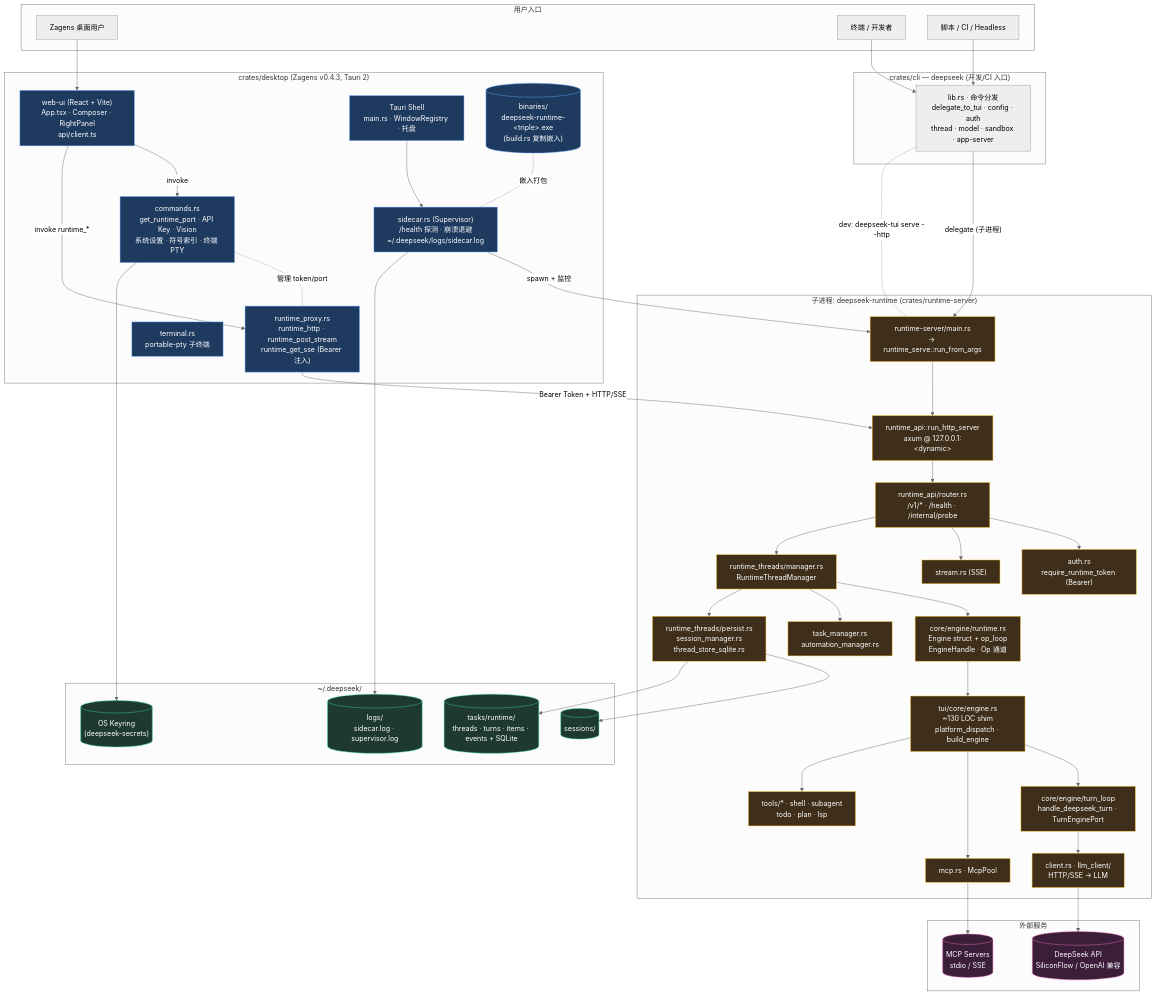
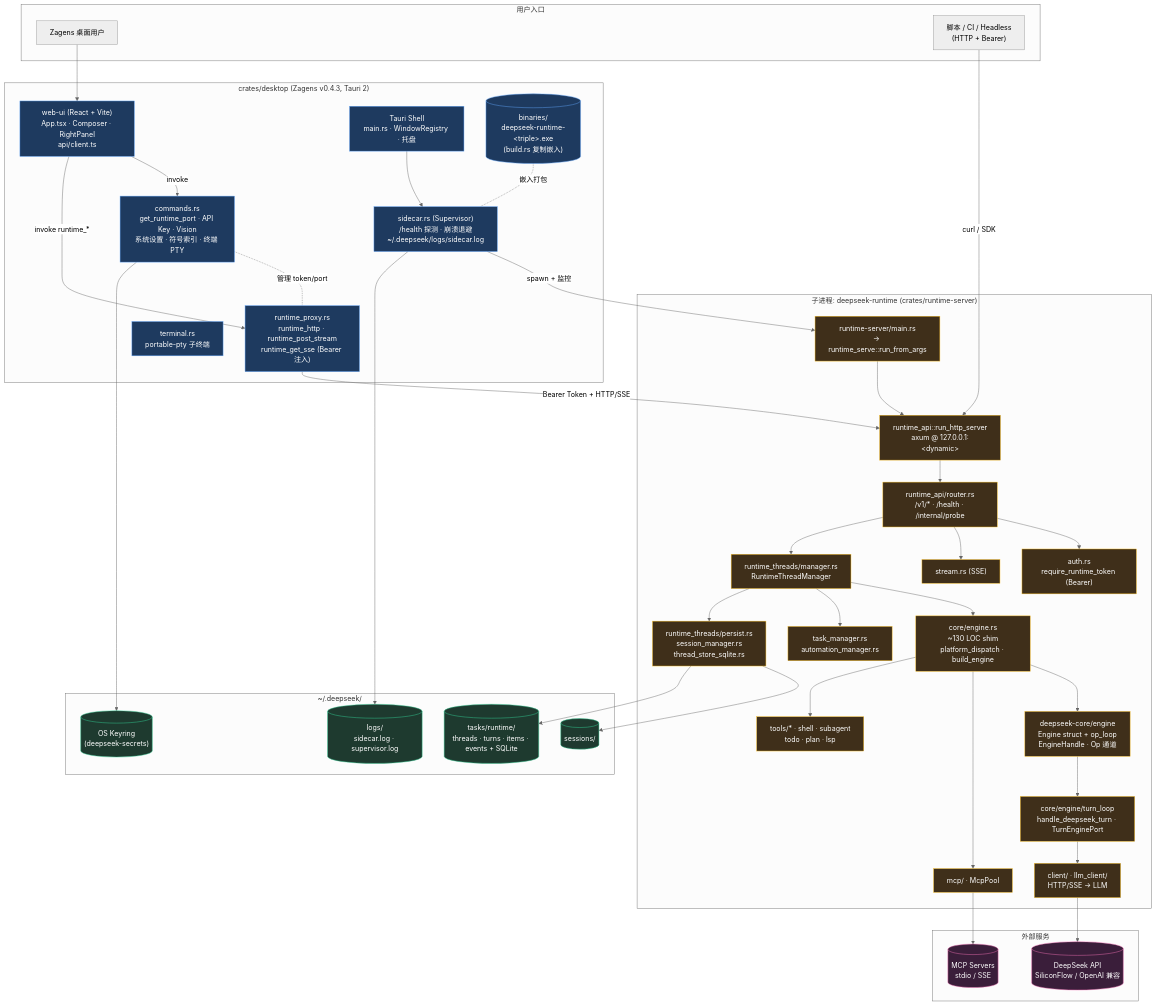
Before and after one commit to didclawapp-ai/zagens: the first of 5 diagrams in docs/tech/RUNTIME_ARCHITECTURE.md, drawn with Mermaid (neutral theme). The commit also changed other lines of this file and 15 other files, not shown here.

```diff
--- a/docs/tech/RUNTIME_ARCHITECTURE.md
+++ b/docs/tech/RUNTIME_ARCHITECTURE.md
@@ -31,8 +31,7 @@
 flowchart TB
     subgraph users["用户入口"]
         U1["Zagens 桌面用户"]
-        U2["终端 / 开发者"]
-        U3["脚本 / CI / Headless"]
+        U3["脚本 / CI / Headless<br/>(HTTP + Bearer)"]
     end
 
     subgraph desktop_pkg["crates/desktop  (Zagens v0.4.3, Tauri 2)"]
@@ -52,11 +51,11 @@
         AUTH["auth.rs<br/>require_runtime_token (Bearer)"]
         STREAM["stream.rs (SSE)"]
         MGR["runtime_threads/manager.rs<br/>RuntimeThreadManager"]
-        ENG_C["core/engine/runtime.rs<br/>Engine struct + op_loop<br/>EngineHandle · Op 通道"]
-        ENG_SHIM["tui/core/engine.rs<br/>~130 LOC shim<br/>platform_dispatch · build_engine"]
+        ENG_SHIM["core/engine.rs<br/>~130 LOC shim<br/>platform_dispatch · build_engine"]
+        ENG_C["deepseek-core/engine<br/>Engine struct + op_loop<br/>EngineHandle · Op 通道"]
         TURN["core/engine/turn_loop<br/>handle_deepseek_turn · TurnEnginePort"]
-        LLM_C["client.rs · llm_client/<br/>HTTP/SSE → LLM"]
-        MCP_POOL["mcp.rs · McpPool"]
+        LLM_C["client/ · llm_client/<br/>HTTP/SSE → LLM"]
+        MCP_POOL["mcp/ · McpPool"]
         TOOLS_R["tools/* · shell · subagent<br/>todo · plan · lsp"]
         TASKS["task_manager.rs<br/>automation_manager.rs"]
         PERSIST["runtime_threads/persist.rs<br/>session_manager.rs<br/>thread_store_sqlite.rs"]
@@ -74,11 +73,8 @@
         KEYS[("OS Keyring<br/>(deepseek-secrets)")]
     end
 
-    subgraph cli_pkg["crates/cli — deepseek (开发/CI 入口)"]
-        CLI["lib.rs · 命令分发<br/>delegate_to_tui · config · auth<br/>thread · model · sandbox · app-server"]
-    end
-
     U1 --> WEB
+    U3 -- "curl / SDK" --> HTTP
     WEB -- "invoke" --> CMDS
     WEB -- "invoke runtime_*" --> PROXY
     CMDS -. "管理 token/port" .- PROXY
@@ -87,19 +83,14 @@
     BIN -. "嵌入打包" .- SUP
     PROXY -- "Bearer Token + HTTP/SSE" --> HTTP
 
-    U2 --> CLI
-    U3 --> CLI
-    CLI -- "delegate (子进程)" --> MAIN
-    CLI -. "dev: deepseek-tui serve --http" .- MAIN
-
     MAIN --> HTTP
     HTTP --> ROUTER
     ROUTER --> AUTH
     ROUTER --> STREAM
     ROUTER --> MGR
-    MGR --> ENG_C
-    ENG_C --> ENG_SHIM
-    ENG_SHIM --> TURN
+    MGR --> ENG_SHIM
+    ENG_SHIM --> ENG_C
+    ENG_C --> TURN
     TURN --> LLM_C
     ENG_SHIM --> MCP_POOL
     ENG_SHIM --> TOOLS_R
```
